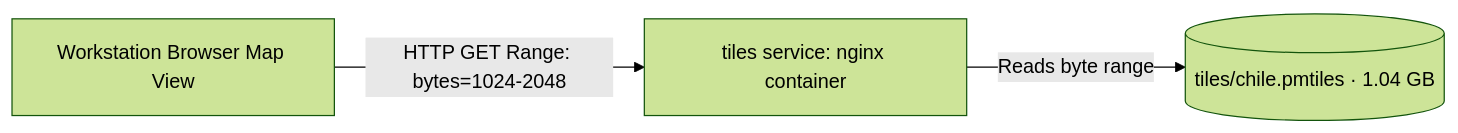
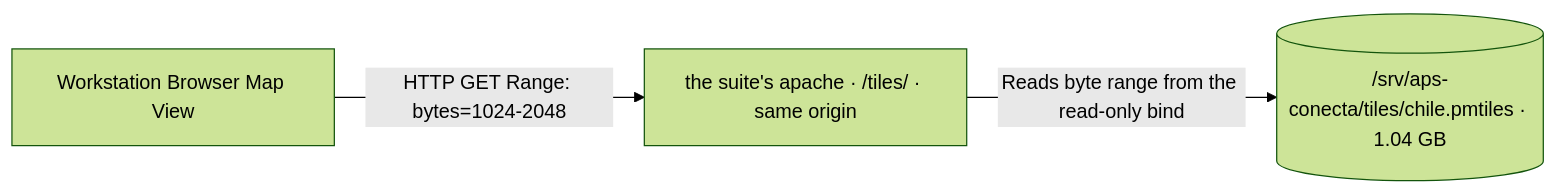
Before and after one commit to APS-Conecta/gestion: the third of 3 diagrams in docs/manuals/ADMIN_MANUAL.md, drawn with Mermaid (forest theme). The commit also changed other lines of this file and 26 other files, not shown here.

First line of the commit message:
feat(installer): the map is the suite's own /tiles/ route — the nginx tiles server goes (L5 S3) (#232)

````diff
--- a/docs/manuals/ADMIN_MANUAL.md
+++ b/docs/manuals/ADMIN_MANUAL.md
@@ -703,5 +701,5 @@
 ```mermaid
 graph LR
-  Browser[Workstation Browser Map View] -->|HTTP GET Range: bytes=1024-2048| Nginx[tiles service: nginx container]
-  Nginx -->|Reads byte range| Archive[(tiles/chile.pmtiles · 1.04 GB)]
+  Browser[Workstation Browser Map View] -->|HTTP GET Range: bytes=1024-2048| AP[the suite's apache · /tiles/ · same origin]
+  AP -->|Reads byte range from the read-only bind| Archive[(/srv/aps-conecta/tiles/chile.pmtiles · 1.04 GB)]
 ```
````
